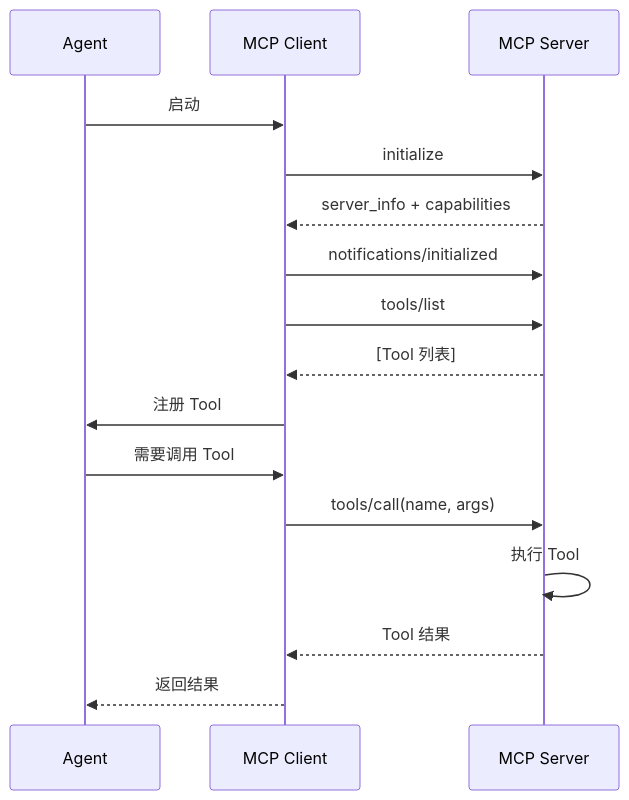
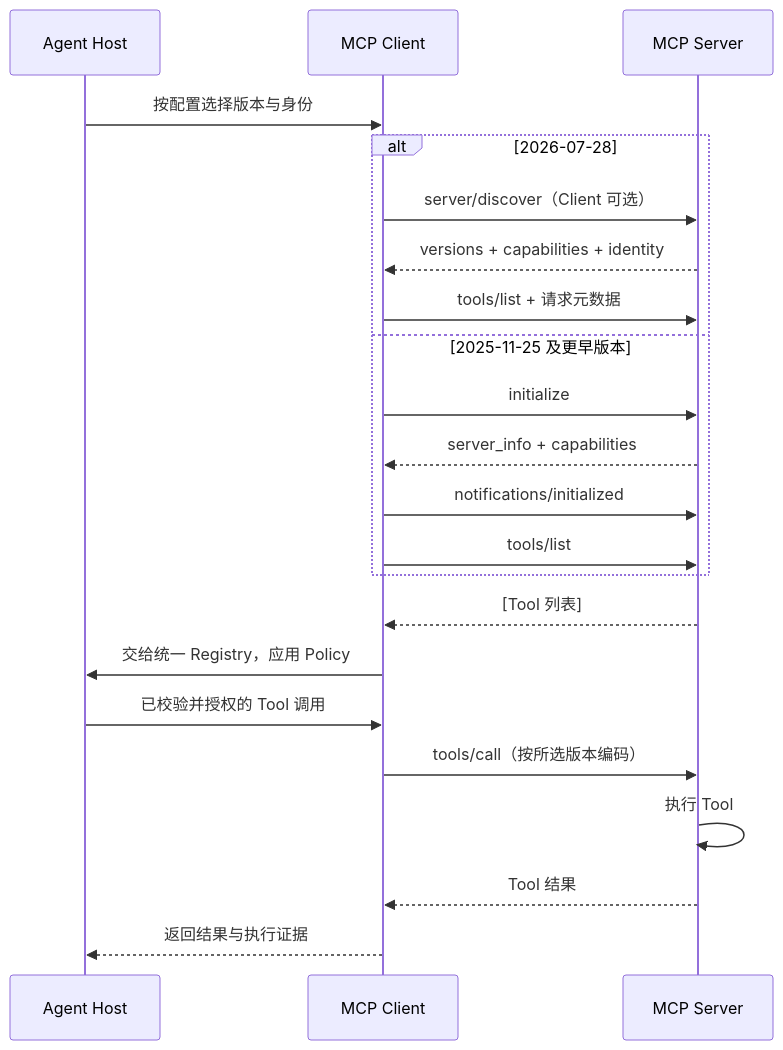
One commit to dollarser/modern-ai-agent-architecture changed the second of 4 diagrams in docs/chapters/13-mcp/README.md. Above: the diagram before and after it, drawn with Mermaid. The commit also changed other lines of this file and 93 other files, not shown here.

First line of the commit message:
发布 1.1.0：更新书稿并修复 AgentHost 安全与恢复 (#6)

````diff
--- a/docs/chapters/13-mcp/README.md
+++ b/docs/chapters/13-mcp/README.md
@@ -134,20 +135,26 @@
 ```mermaid
 sequenceDiagram
-    participant Agent
+    participant Host as Agent Host
     participant Client as MCP Client
     participant Server as MCP Server
 
-    Agent->>Client: 启动
-    Client->>Server: initialize
-    Server-->>Client: server_info + capabilities
-    Client->>Server: notifications/initialized
-    Client->>Server: tools/list
+    Host->>Client: 按配置选择版本与身份
+    alt 2026-07-28
+        Client->>Server: server/discover（Client 可选）
+        Server-->>Client: versions + capabilities + identity
+        Client->>Server: tools/list + 请求元数据
+    else 2025-11-25 及更早版本
+        Client->>Server: initialize
+        Server-->>Client: server_info + capabilities
+        Client->>Server: notifications/initialized
+        Client->>Server: tools/list
+    end
     Server-->>Client: [Tool 列表]
-    Client->>Agent: 注册 Tool
+    Client->>Host: 交给统一 Registry，应用 Policy
 
-    Agent->>Client: 需要调用 Tool
-    Client->>Server: tools/call(name, args)
+    Host->>Client: 已校验并授权的 Tool 调用
+    Client->>Server: tools/call（按所选版本编码）
     Server->>Server: 执行 Tool
     Server-->>Client: Tool 结果
-    Client-->>Agent: 返回结果
+    Client-->>Host: 返回结果与执行证据
 ```
````
